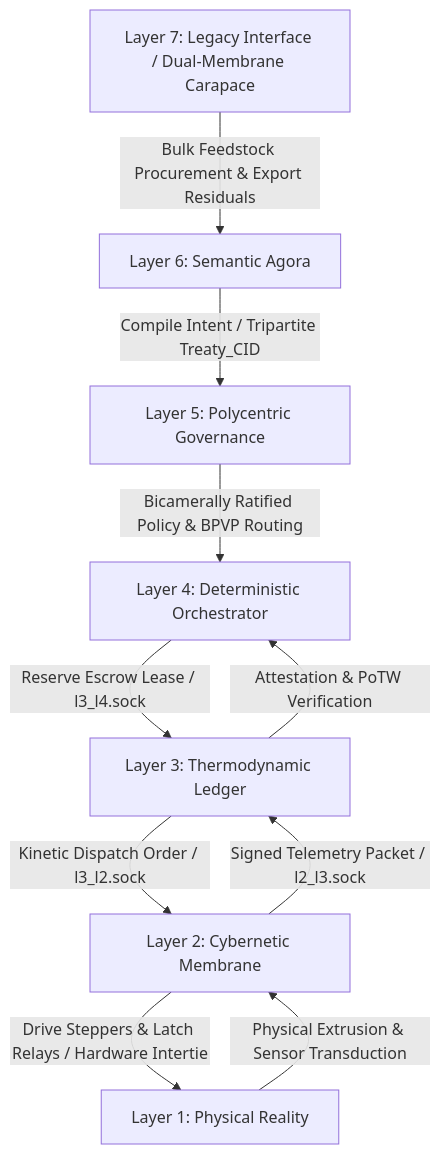
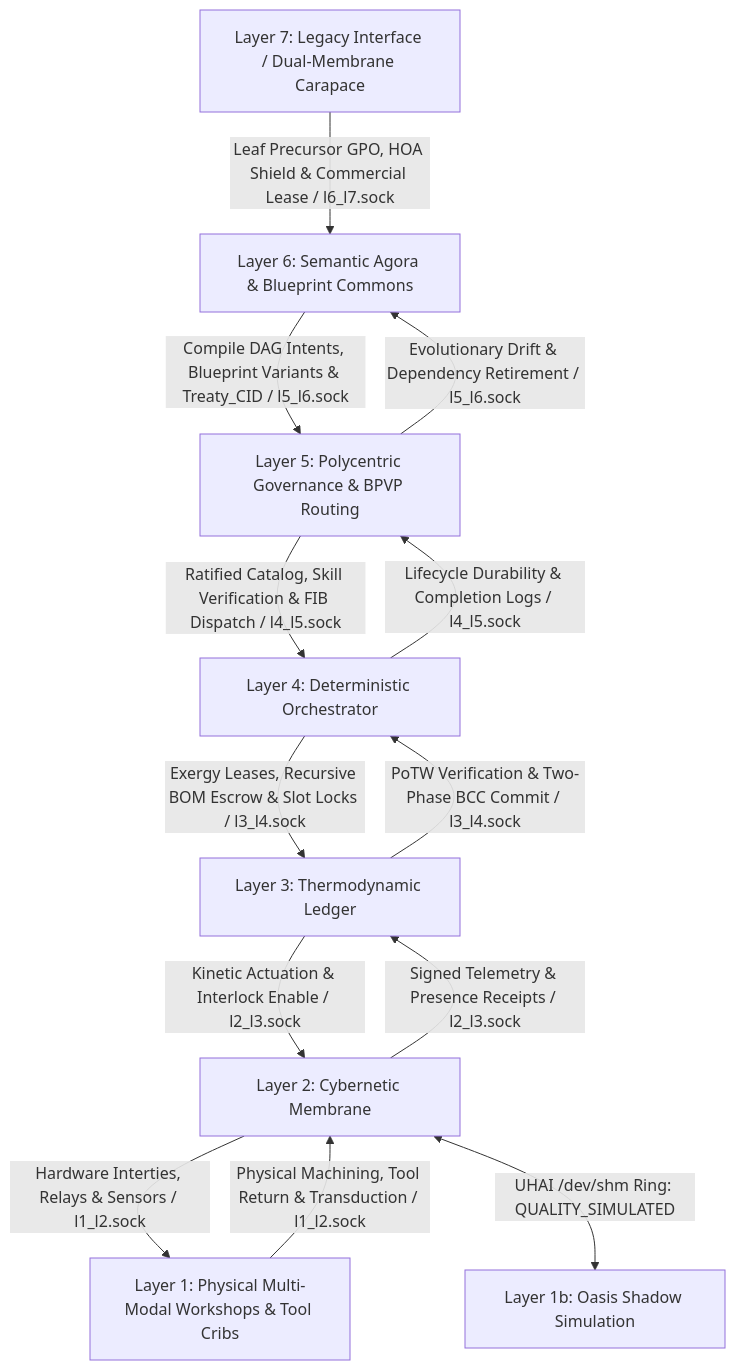
One commit to raffaine/collective changed the first of 4 diagrams in docs/scenarios/alpha_fabrication.md. Above: the diagram before and after it, drawn with Mermaid. The commit also changed other lines of this file and 56 other files, not shown here.

Commit message:
feat(sprints-11-14): implement Homestead playability, 3D pathfinding, Scenario Gamma kitchen, Async Node Proxies, and Layer 6/5/4 architecture

````diff
--- a/docs/scenarios/alpha_fabrication.md
+++ b/docs/scenarios/alpha_fabrication.md
@@ -41,12 +160,15 @@
 ```mermaid
 graph TD
-    L7[Layer 7: Legacy Interface / Dual-Membrane Carapace] -->|Bulk Feedstock Procurement & Export Residuals| L6[Layer 6: Semantic Agora]
-    L6 -->|Compile Intent / Tripartite Treaty_CID| L5[Layer 5: Polycentric Governance]
-    L5 -->|Bicamerally Ratified Policy & BPVP Routing| L4[Layer 4: Deterministic Orchestrator]
-    L4 -->|Reserve Escrow Lease / l3_l4.sock| L3[Layer 3: Thermodynamic Ledger]
-    L3 -->|Kinetic Dispatch Order / l3_l2.sock| L2[Layer 2: Cybernetic Membrane]
-    L2 -->|Drive Steppers & Latch Relays / Hardware Intertie| L1[Layer 1: Physical Reality]
-    L1 -->|Physical Extrusion & Sensor Transduction| L2
-    L2 -->|Signed Telemetry Packet / l2_l3.sock| L3
-    L3 -->|Attestation & PoTW Verification| L4
+    L7[Layer 7: Legacy Interface / Dual-Membrane Carapace] -->|Leaf Precursor GPO, HOA Shield & Commercial Lease / l6_l7.sock| L6[Layer 6: Semantic Agora & Blueprint Commons]
+    L6 -->|Compile DAG Intents, Blueprint Variants & Treaty_CID / l5_l6.sock| L5[Layer 5: Polycentric Governance & BPVP Routing]
+    L5 -->|Ratified Catalog, Skill Verification & FIB Dispatch / l4_l5.sock| L4[Layer 4: Deterministic Orchestrator]
+    L4 -->|Exergy Leases, Recursive BOM Escrow & Slot Locks / l3_l4.sock| L3[Layer 3: Thermodynamic Ledger]
+    L3 -->|Kinetic Actuation & Interlock Enable / l2_l3.sock| L2[Layer 2: Cybernetic Membrane]
+    L2 -->|Hardware Interties, Relays & Sensors / l1_l2.sock| L1[Layer 1: Physical Multi-Modal Workshops & Tool Cribs]
+    L2 <-->|UHAI /dev/shm Ring: QUALITY_SIMULATED| L1b[Layer 1b: Oasis Shadow Simulation]
+    L1 -->|Physical Machining, Tool Return & Transduction / l1_l2.sock| L2
+    L2 -->|Signed Telemetry & Presence Receipts / l2_l3.sock| L3
+    L3 -->|PoTW Verification & Two-Phase BCC Commit / l3_l4.sock| L4
+    L4 -->|Lifecycle Durability & Completion Logs / l4_l5.sock| L5
+    L5 -->|Evolutionary Drift & Dependency Retirement / l5_l6.sock| L6
 ```
````
